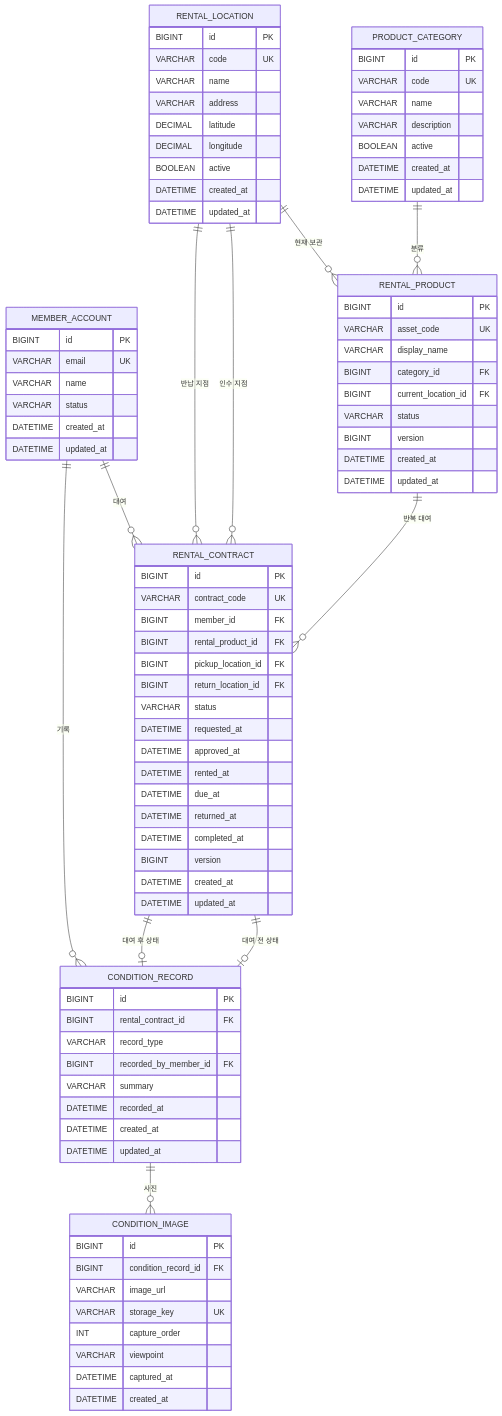
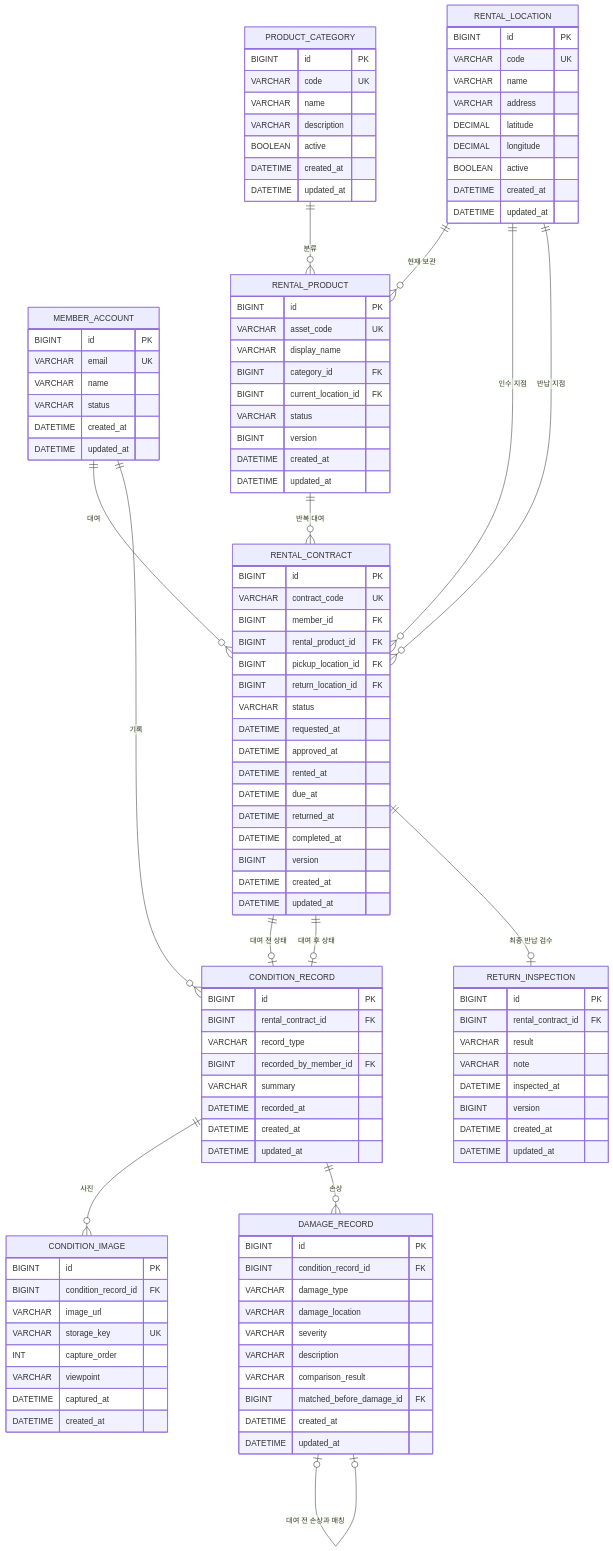
The diagram in docs/ERD.md (WJLee0417/RentalTrack), drawn with Mermaid before and after one commit. The commit also changed other lines of this file and 10 other files, not shown here.

Commit message:
feat: complete damage and return inspection domains

````diff
--- a/docs/ERD.md
+++ b/docs/ERD.md
@@ -12,10 +14,15 @@
     RENTAL_PRODUCT ||--o{ RENTAL_CONTRACT : "반복 대여"
     RENTAL_LOCATION ||--o{ RENTAL_CONTRACT : "인수 지점"
     RENTAL_LOCATION ||--o{ RENTAL_CONTRACT : "반납 지점"
+
     RENTAL_CONTRACT ||--o| CONDITION_RECORD : "대여 전 상태"
     RENTAL_CONTRACT ||--o| CONDITION_RECORD : "대여 후 상태"
     MEMBER_ACCOUNT ||--o{ CONDITION_RECORD : "기록"
     CONDITION_RECORD ||--o{ CONDITION_IMAGE : "사진"
+    CONDITION_RECORD ||--o{ DAMAGE_RECORD : "손상"
+    DAMAGE_RECORD o|--o| DAMAGE_RECORD : "대여 전 손상과 매칭"
+
+    RENTAL_CONTRACT ||--o| RETURN_INSPECTION : "최종 반납 검수"
 
     MEMBER_ACCOUNT {
         BIGINT id PK
@@ -100,4 +107,28 @@
         DATETIME captured_at
         DATETIME created_at
     }
+
+    DAMAGE_RECORD {
+        BIGINT id PK
+        BIGINT condition_record_id FK
+        VARCHAR damage_type
+        VARCHAR damage_location
+        VARCHAR severity
+        VARCHAR description
+        VARCHAR comparison_result
+        BIGINT matched_before_damage_id FK
+        DATETIME created_at
+        DATETIME updated_at
+    }
+
+    RETURN_INSPECTION {
+        BIGINT id PK
+        BIGINT rental_contract_id FK
+        VARCHAR result
+        VARCHAR note
+        DATETIME inspected_at
+        BIGINT version
+        DATETIME created_at
+        DATETIME updated_at
+    }
 ```
````
